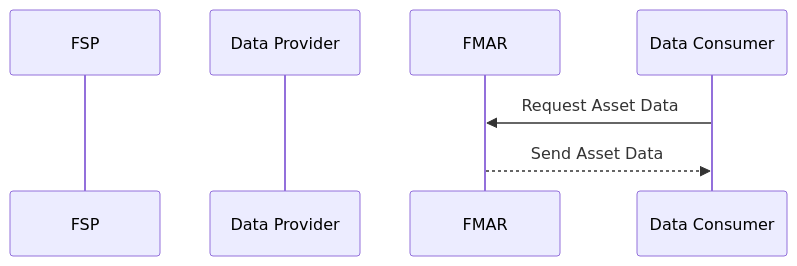
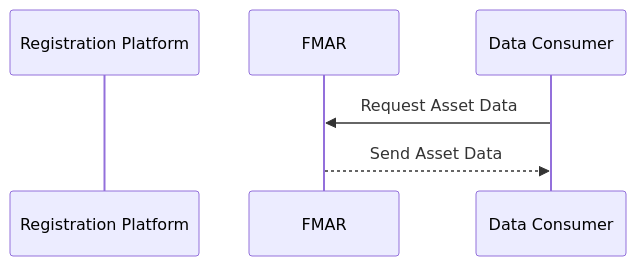
The second of 6 diagrams in docs/Market_Facilitator/FMAR_Design/Data_Architecture/Sequence_Diagram_centralised_Vs_Decentralised.md (mez-FMDA/test2), drawn with Mermaid before and after one commit. The commit also changed other lines of this file, not shown here.

````diff
--- a/docs/Market_Facilitator/FMAR_Design/Data_Architecture/Sequence_Diagram_centralised_Vs_Decentralised.md
+++ b/docs/Market_Facilitator/FMAR_Design/Data_Architecture/Sequence_Diagram_centralised_Vs_Decentralised.md
@@ -41,11 +40,9 @@
 ```mermaid
 sequenceDiagram
-    participant FSP
-    participant Data Provider
+    participant Registration Platform
     participant FMAR
     participant Data Consumer
-    
     Data Consumer->>FMAR: Request Asset Data
     FMAR-->>Data Consumer: Send Asset Data
 
 ```
````
